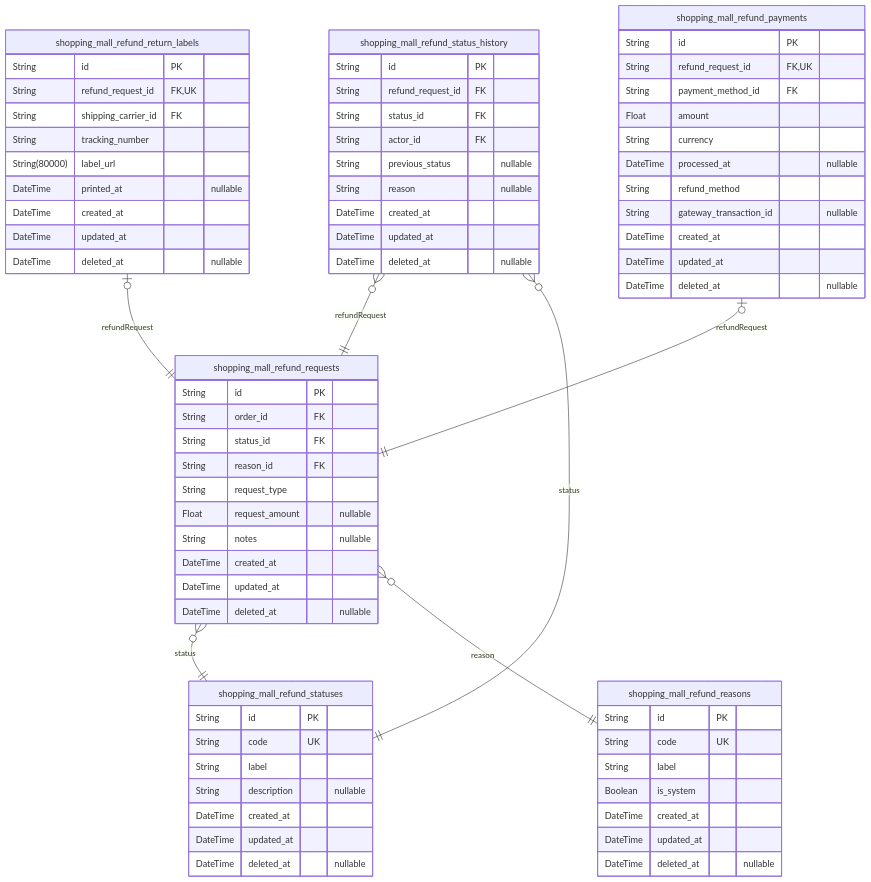
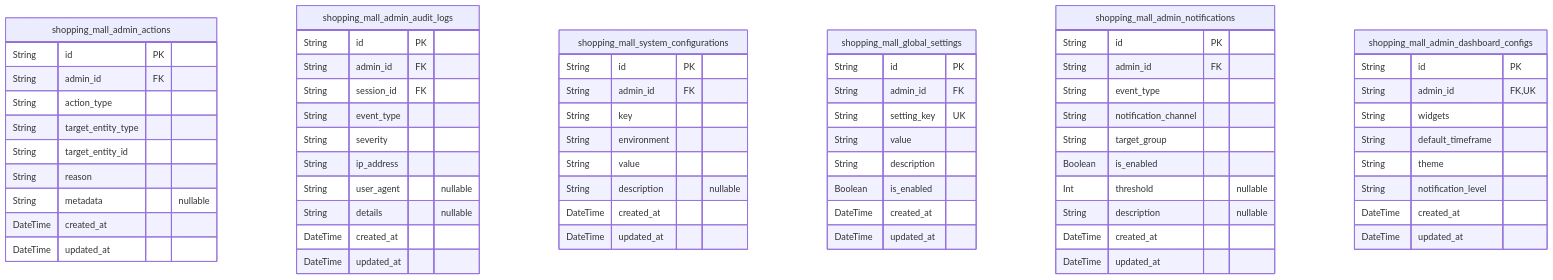
Before and after one commit to wrtnlabs/autobe-examples: the eighth of 11 diagrams in qwen/qwen3-next-80b-a3b-instruct/shopping/docs/ERD.md, drawn with Mermaid. The commit also changed other lines of this file and 22498 other files, not shown here.

````diff
--- a/qwen/qwen3-next-80b-a3b-instruct/shopping/docs/ERD.md
+++ b/qwen/qwen3-next-80b-a3b-instruct/shopping/docs/ERD.md
@@ -1705,74 +3013,68 @@
 ```mermaid
 erDiagram
-"shopping_mall_refund_requests" {
+"shopping_mall_admin_actions" {
   String id PK
-  String order_id FK
-  String status_id FK
-  String reason_id FK
-  String request_type
-  Float request_amount "nullable"
-  String notes "nullable"
+  String admin_id FK
+  String action_type
+  String target_entity_type
+  String target_entity_id
+  String reason
+  String metadata "nullable"
   DateTime created_at
   DateTime updated_at
-  DateTime deleted_at "nullable"
 }
-"shopping_mall_refund_statuses" {
+"shopping_mall_admin_audit_logs" {
   String id PK
-  String code UK
-  String label
+  String admin_id FK
+  String session_id FK
+  String event_type
+  String severity
+  String ip_address
+  String user_agent "nullable"
+  String details "nullable"
+  DateTime created_at
+  DateTime updated_at
+}
+"shopping_mall_system_configurations" {
+  String id PK
+  String admin_id FK
+  String key
+  String environment
+  String value
   String description "nullable"
   DateTime created_at
   DateTime updated_at
-  DateTime deleted_at "nullable"
 }
-"shopping_mall_refund_status_history" {
+"shopping_mall_global_settings" {
   String id PK
-  String refund_request_id FK
-  String status_id FK
-  String actor_id FK
-  String previous_status "nullable"
-  String reason "nullable"
+  String admin_id FK
+  String setting_key UK
+  String value
+  String description
+  Boolean is_enabled
   DateTime created_at
   DateTime updated_at
-  DateTime deleted_at "nullable"
 }
-"shopping_mall_refund_reasons" {
+"shopping_mall_admin_notifications" {
   String id PK
-  String code UK
-  String label
-  Boolean is_system
+  String admin_id FK
+  String event_type
+  String notification_channel
+  String target_group
+  Boolean is_enabled
+  Int threshold "nullable"
+  String description "nullable"
   DateTime created_at
   DateTime updated_at
-  DateTime deleted_at "nullable"
 }
-"shopping_mall_refund_return_labels" {
+"shopping_mall_admin_dashboard_configs" {
   String id PK
-  String refund_request_id FK,UK
-  String shipping_carrier_id FK
-  String tracking_number
-  String(80000) label_url
-  DateTime printed_at "nullable"
+  String admin_id FK,UK
+  String widgets
+  String default_timeframe
+  String theme
+  String notification_level
   DateTime created_at
   DateTime updated_at
-  DateTime deleted_at "nullable"
 }
-"shopping_mall_refund_payments" {
-  String id PK
-  String refund_request_id FK,UK
-  String payment_method_id FK
-  Float amount
-  String currency
-  DateTime processed_at "nullable"
-  String refund_method
-  String gateway_transaction_id "nullable"
-  DateTime created_at
-  DateTime updated_at
-  DateTime deleted_at "nullable"
-}
-"shopping_mall_refund_requests" }o--|| "shopping_mall_refund_statuses" : status
-"shopping_mall_refund_requests" }o--|| "shopping_mall_refund_reasons" : reason
-"shopping_mall_refund_status_history" }o--|| "shopping_mall_refund_requests" : refundRequest
-"shopping_mall_refund_status_history" }o--|| "shopping_mall_refund_statuses" : status
-"shopping_mall_refund_return_labels" |o--|| "shopping_mall_refund_requests" : refundRequest
-"shopping_mall_refund_payments" |o--|| "shopping_mall_refund_requests" : refundRequest
 ```
````
